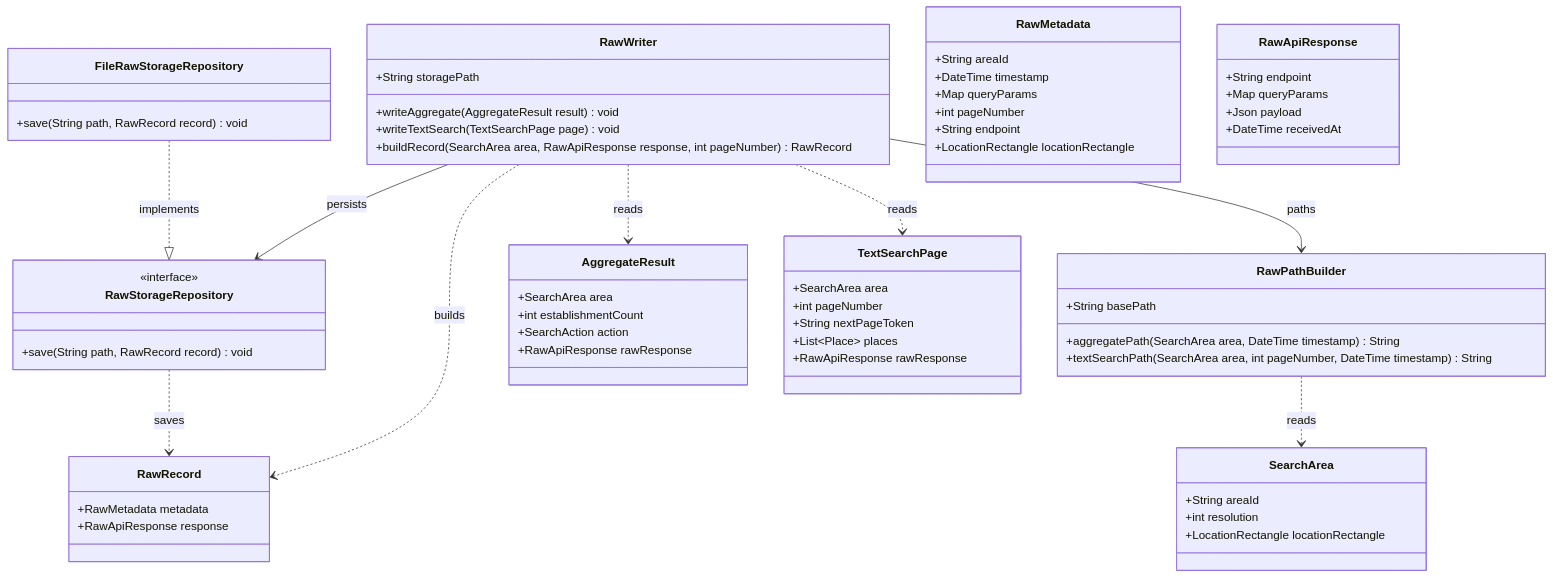
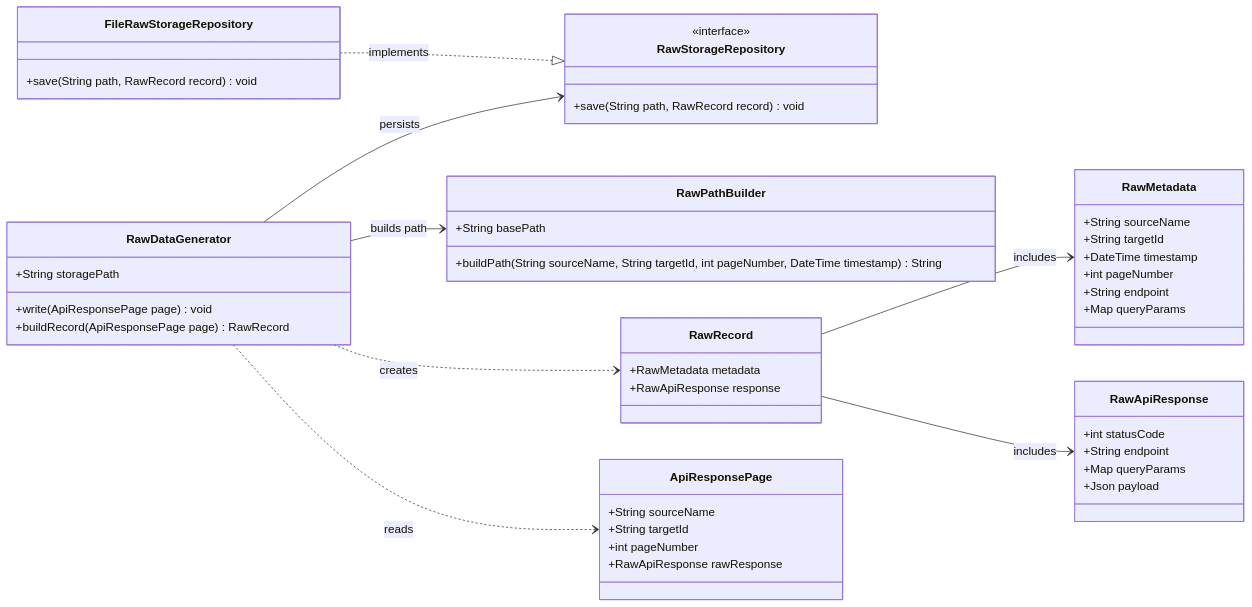
The diagram in docs/c4/level_4_code/data_ingestion/raw_data_generator.md (mentoria-edu/data_vet), drawn with Mermaid before and after one commit. The commit also changed 12 other files, not shown here.

Commit message:
atualizando diagramas c4

````diff
--- a/docs/c4/level_4_code/data_ingestion/raw_data_generator.md
+++ b/docs/c4/level_4_code/data_ingestion/raw_data_generator.md
@@ -3,78 +3,60 @@
 ```mermaid
 classDiagram
-direction TB
+direction LR
 
-class RawWriter {
+class RawDataGenerator {
   +String storagePath
-  +writeAggregate(AggregateResult result) void
-  +writeTextSearch(TextSearchPage page) void
-  +buildRecord(SearchArea area, RawApiResponse response, int pageNumber) RawRecord
+  +write(ApiResponsePage page) void
+  +buildRecord(ApiResponsePage page) RawRecord
 }
 
 class RawStorageRepository {
   <<interface>>
   +save(String path, RawRecord record) void
 }
 
 class FileRawStorageRepository {
   +save(String path, RawRecord record) void
 }
 
 class RawPathBuilder {
   +String basePath
-  +aggregatePath(SearchArea area, DateTime timestamp) String
-  +textSearchPath(SearchArea area, int pageNumber, DateTime timestamp) String
+  +buildPath(String sourceName, String targetId, int pageNumber, DateTime timestamp) String
 }
 
 class RawRecord {
   +RawMetadata metadata
   +RawApiResponse response
 }
 
 class RawMetadata {
-  +String areaId
+  +String sourceName
+  +String targetId
   +DateTime timestamp
-  +Map queryParams
   +int pageNumber
   +String endpoint
-  +LocationRectangle locationRectangle
+  +Map queryParams
 }
 
-class AggregateResult {
-  +SearchArea area
-  +int establishmentCount
-  +SearchAction action
+class ApiResponsePage {
+  +String sourceName
+  +String targetId
+  +int pageNumber
   +RawApiResponse rawResponse
 }
 
-class TextSearchPage {
-  +SearchArea area
-  +int pageNumber
-  +String nextPageToken
-  +List~Place~ places
-  +RawApiResponse rawResponse
-}
-
-class SearchArea {
-  +String areaId
-  +int resolution
-  +LocationRectangle locationRectangle
-}
-
 class RawApiResponse {
+  +int statusCode
   +String endpoint
   +Map queryParams
   +Json payload
-  +DateTime receivedAt
 }
 
-RawWriter --> RawStorageRepository : persists
-RawWriter --> RawPathBuilder : paths
-RawWriter ..> RawRecord : builds
-RawWriter ..> AggregateResult : reads
-RawWriter ..> TextSearchPage : reads
-
+RawDataGenerator --> RawPathBuilder : builds path
+RawDataGenerator --> RawStorageRepository : persists
+RawDataGenerator ..> RawRecord : creates
+RawDataGenerator ..> ApiResponsePage : reads
 FileRawStorageRepository ..|> RawStorageRepository : implements
-RawStorageRepository ..> RawRecord : saves
-RawPathBuilder ..> SearchArea : reads
+RawRecord --> RawMetadata : includes
+RawRecord --> RawApiResponse : includes
 ```
````
